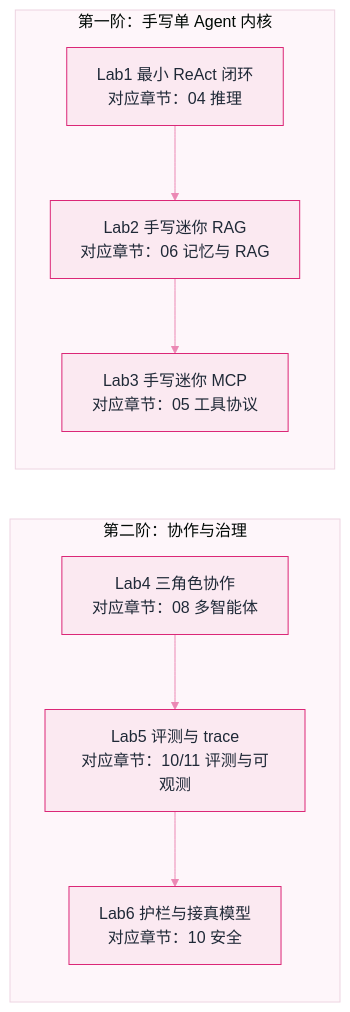
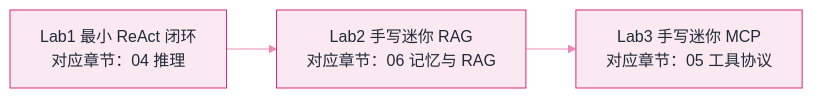
Before and after one commit to funny8kids/ai-agent-handbook: the first of 2 diagrams in docs/19-labs/README.md, drawn with Mermaid. The commit also changed other lines of this file and 39 other files, not shown here.

First line of the commit message:
Round 15: re-measure all diagrams on GitBook's real mermaid version (11.14.0)

````diff
--- a/docs/19-labs/README.md
+++ b/docs/19-labs/README.md
@@ -22,12 +22,6 @@
 ```mermaid
 %%{init: {"theme":"base","themeVariables":{"primaryColor":"#FBE9F1","primaryBorderColor":"#DB2777","primaryTextColor":"#1F2937","secondaryColor":"#F7CFE1","tertiaryColor":"#FEF6FA","lineColor":"#EB88B4","actorBkg":"#FDF0F5","actorBorder":"#DB2777","actorTextColor":"#1F2937","signalColor":"#E5619C","noteBkgColor":"#F9DCE9","noteBorderColor":"#DB2777","noteTextColor":"#1F2937","labelBoxBkgColor":"#FBE9F1","labelBoxBorderColor":"#DB2777"}}}%%
 flowchart LR
-  subgraph S2["第二阶：协作与治理"]
-    L4["Lab4 三角色协作<br/>对应章节：08 多智能体"] --> L5["Lab5 评测与 trace<br/>对应章节：10/11 评测与可观测"]
-    L5 --> L6["Lab6 护栏与接真模型<br/>对应章节：10 安全"]
-  end
-  subgraph S1["第一阶：手写单 Agent 内核"]
-    L1["Lab1 最小 ReAct 闭环<br/>对应章节：04 推理"] --> L2["Lab2 手写迷你 RAG<br/>对应章节：06 记忆与 RAG"]
-    L2 --> L3["Lab3 手写迷你 MCP<br/>对应章节：05 工具协议"]
-  end
+  L1["Lab1 最小 ReAct 闭环<br/>对应章节：04 推理"] --> L2["Lab2 手写迷你 RAG<br/>对应章节：06 记忆与 RAG"]
+  L2 --> L3["Lab3 手写迷你 MCP<br/>对应章节：05 工具协议"]
 ```
````
